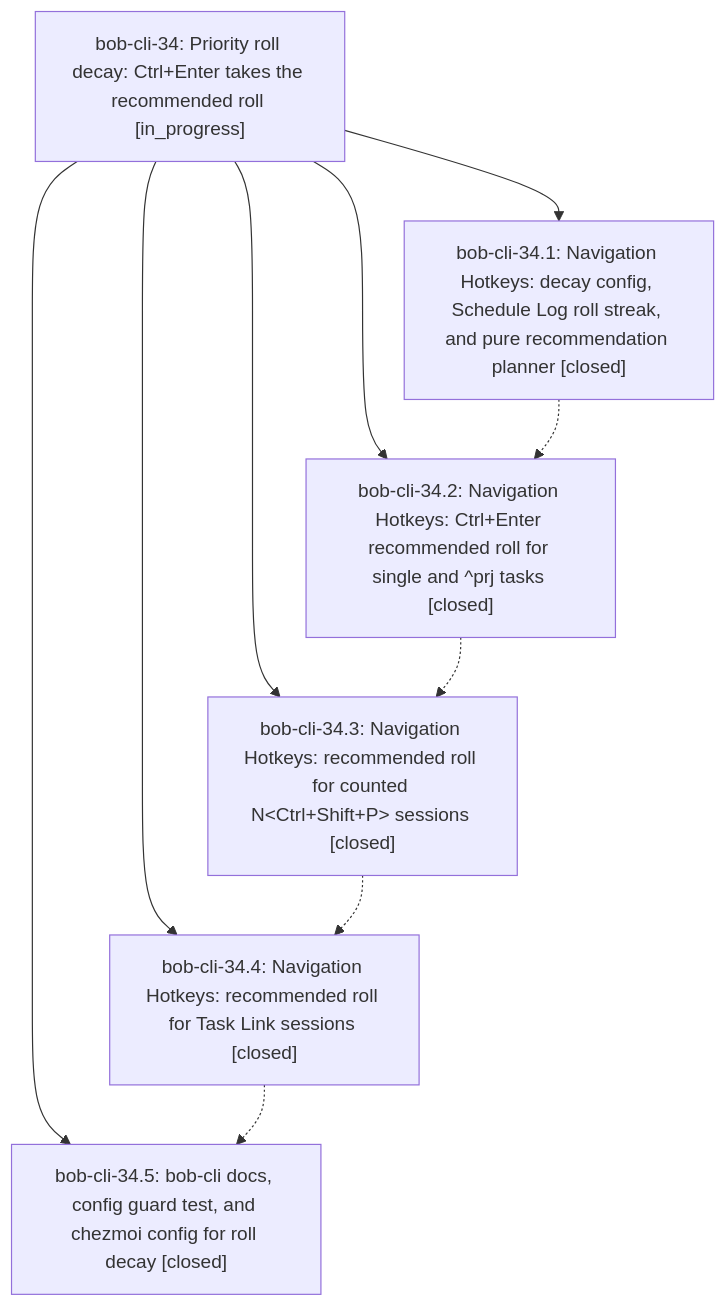
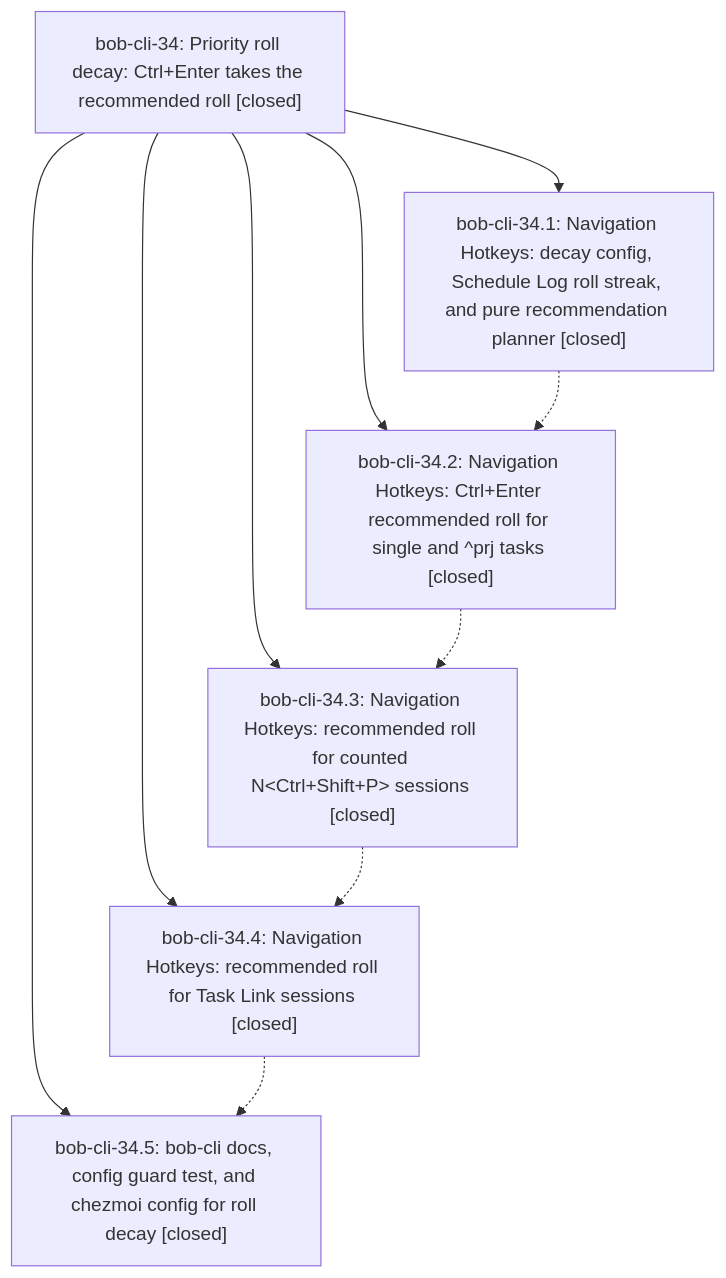
The diagram in pages/bob-cli-34/README.md (bobs-org/bob-cli--beads), drawn with Mermaid before and after one commit. The commit also changed other lines of this file, not shown here.

First line of the commit message:
chore(beads): sync bead state and pages for bob-cli-34

````diff
--- a/pages/bob-cli-34/README.md
+++ b/pages/bob-cli-34/README.md
@@ -26,18 +32,18 @@
 ```mermaid
 flowchart TD
-    n0["bob-cli-34: Priority roll decay: Ctrl+Enter takes the recommended roll [in_progress]"]
+    n0["bob-cli-34: Priority roll decay: Ctrl+Enter takes the recommended roll [closed]"]
     n1["bob-cli-34.1: Navigation Hotkeys: decay config, Schedule Log roll streak, and pure recommendation planner [closed]"]
     n2["bob-cli-34.2: Navigation Hotkeys: Ctrl+Enter recommended roll for single and ^prj tasks [closed]"]
     n3["bob-cli-34.3: Navigation Hotkeys: recommended roll for counted N&lt;Ctrl+Shift+P&gt; sessions [closed]"]
     n4["bob-cli-34.4: Navigation Hotkeys: recommended roll for Task Link sessions [closed]"]
     n5["bob-cli-34.5: bob-cli docs, config guard test, and chezmoi config for roll decay [closed]"]
     n0 --> n1
     n0 --> n2
     n0 --> n3
     n0 --> n4
     n0 --> n5
     n1 -.-> n2
     n2 -.-> n3
     n3 -.-> n4
     n4 -.-> n5
 ```
````
